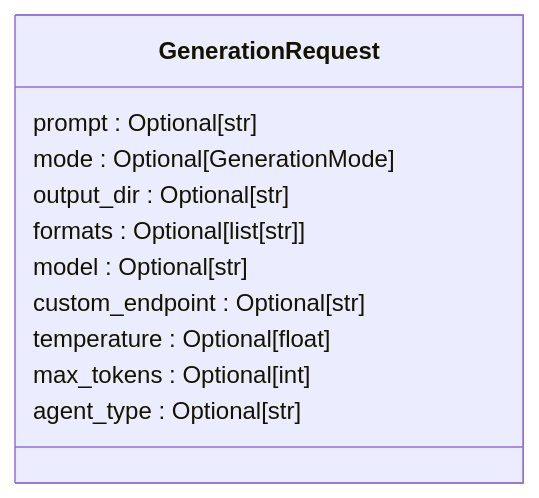
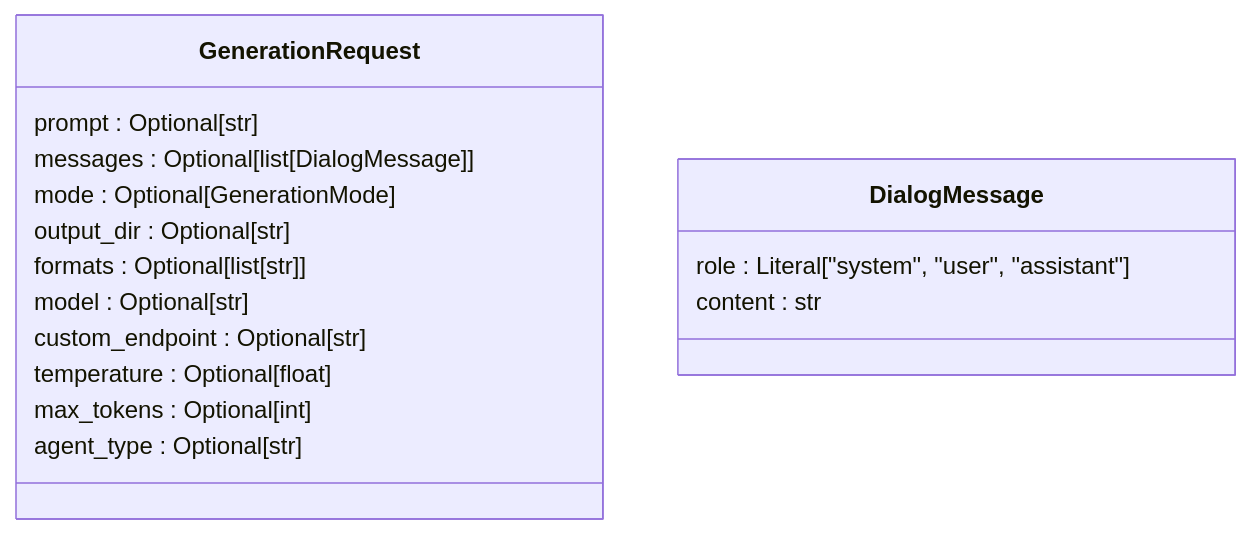
Before and after one commit to dhar174/langgraph_system_generator: the second of 2 diagrams in README.md, drawn with Mermaid. The commit also changed other lines of this file and 24 other files, not shown here.

````diff
--- a/README.md
+++ b/README.md
@@ -253,14 +256,19 @@
 ```mermaid
 classDiagram
   class GenerationRequest {
     prompt : Optional[str]
+    messages : Optional[list[DialogMessage]]
     mode : Optional[GenerationMode]
     output_dir : Optional[str]
     formats : Optional[list[str]]
     model : Optional[str]
     custom_endpoint : Optional[str]
     temperature : Optional[float]
     max_tokens : Optional[int]
     agent_type : Optional[str]
   }
+  class DialogMessage {
+    role : Literal["system", "user", "assistant"]
+    content : str
+  }
 ```
````
